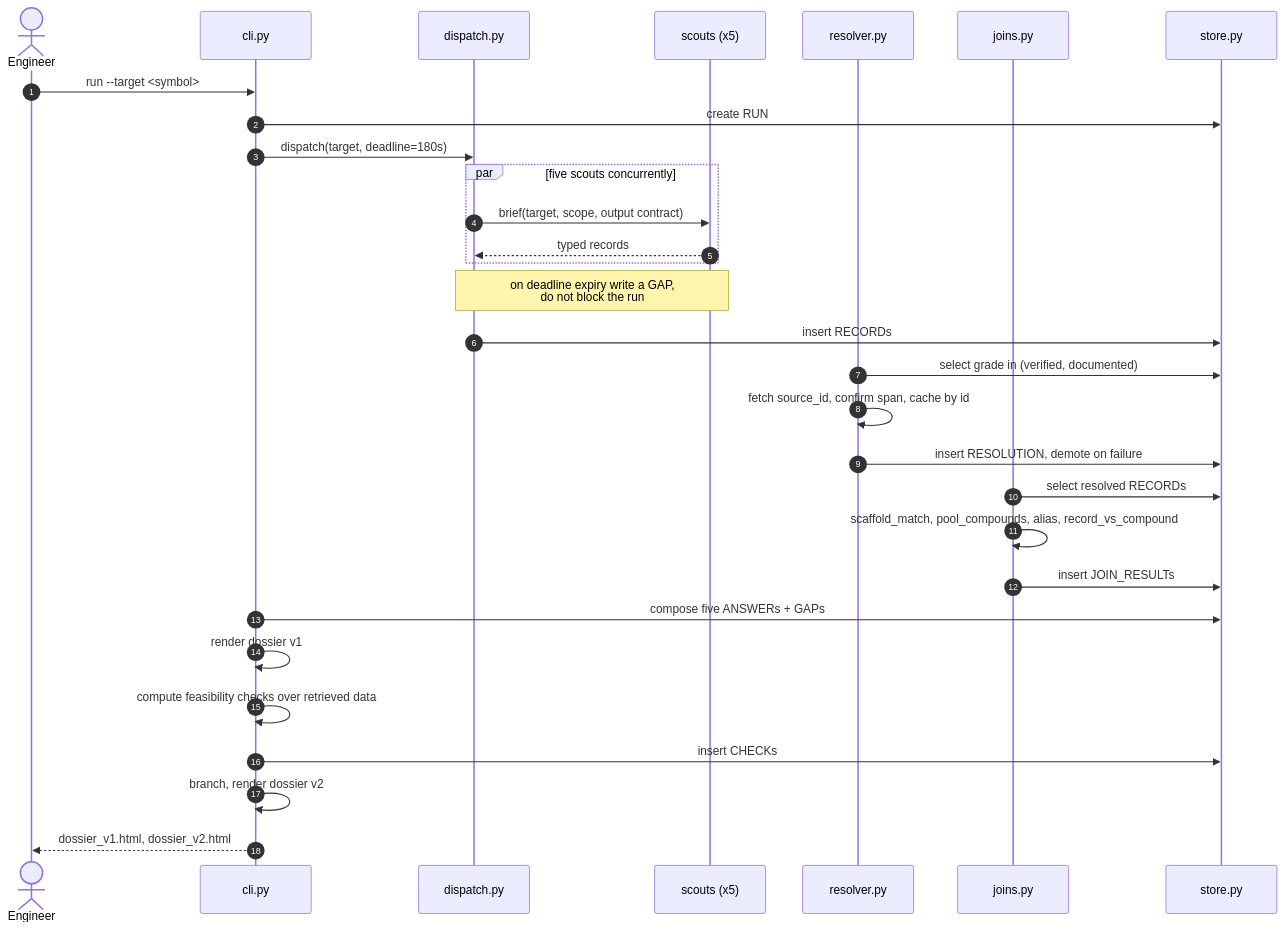
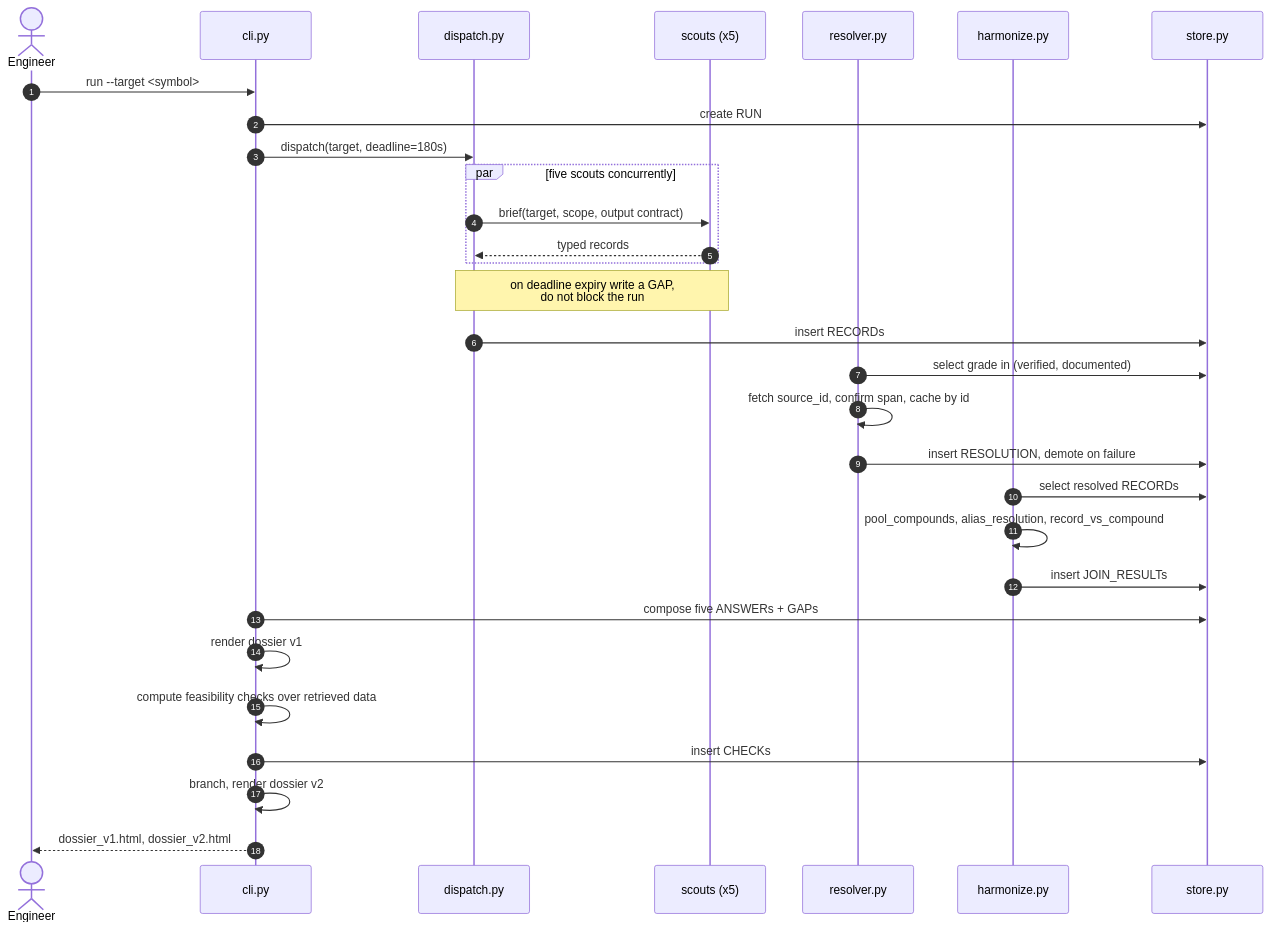
The third of 4 diagrams in docs/ARCHITECTURE.md (kowsercse/pgrn-lead-optimization), drawn with Mermaid before and after one commit. The commit also changed other lines of this file and 9 other files, not shown here.

````diff
--- a/docs/ARCHITECTURE.md
+++ b/docs/ARCHITECTURE.md
@@ -158,38 +158,38 @@
 ```mermaid
 sequenceDiagram
     autonumber
     actor Eng as Engineer
     participant CLI as cli.py
     participant D as dispatch.py
     participant S as scouts (x5)
     participant R as resolver.py
-    participant J as joins.py
+    participant J as harmonize.py
     participant DB as store.py
 
     Eng->>CLI: run --target <symbol>
     CLI->>DB: create RUN
     CLI->>D: dispatch(target, deadline=180s)
 
     par five scouts concurrently
         D->>S: brief(target, scope, output contract)
         S-->>D: typed records
     end
     Note over D,S: on deadline expiry write a GAP,<br/>do not block the run
 
     D->>DB: insert RECORDs
     R->>DB: select grade in (verified, documented)
     R->>R: fetch source_id, confirm span, cache by id
     R->>DB: insert RESOLUTION, demote on failure
 
     J->>DB: select resolved RECORDs
-    J->>J: scaffold_match, pool_compounds, alias, record_vs_compound
+    J->>J: pool_compounds, alias_resolution, record_vs_compound
     J->>DB: insert JOIN_RESULTs
 
     CLI->>DB: compose five ANSWERs + GAPs
     CLI->>CLI: render dossier v1
 
     CLI->>CLI: compute feasibility checks over retrieved data
     CLI->>DB: insert CHECKs
     CLI->>CLI: branch, render dossier v2
     CLI-->>Eng: dossier_v1.html, dossier_v2.html
 ```
````
